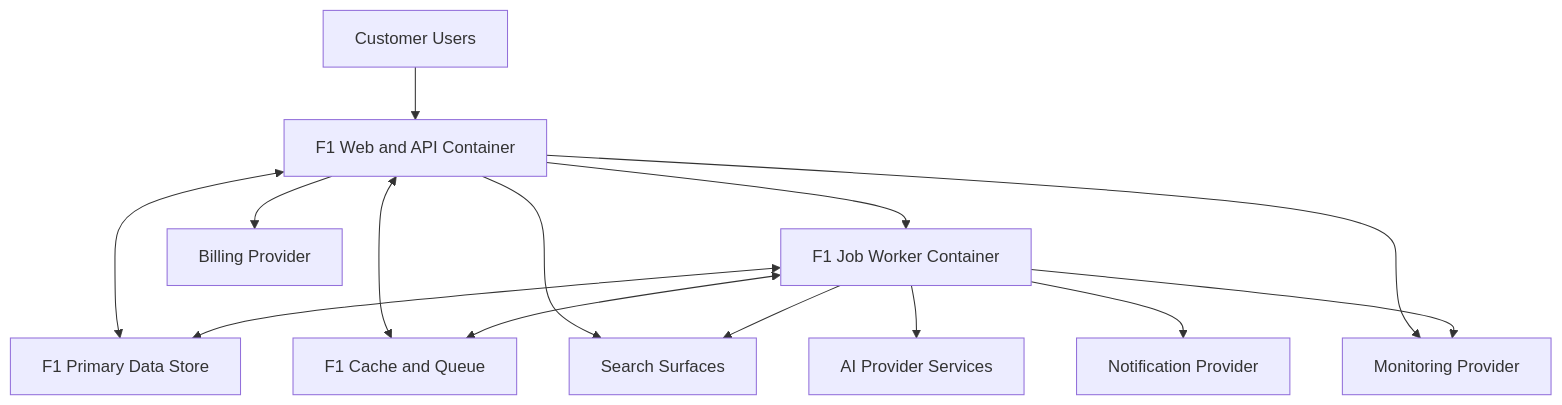
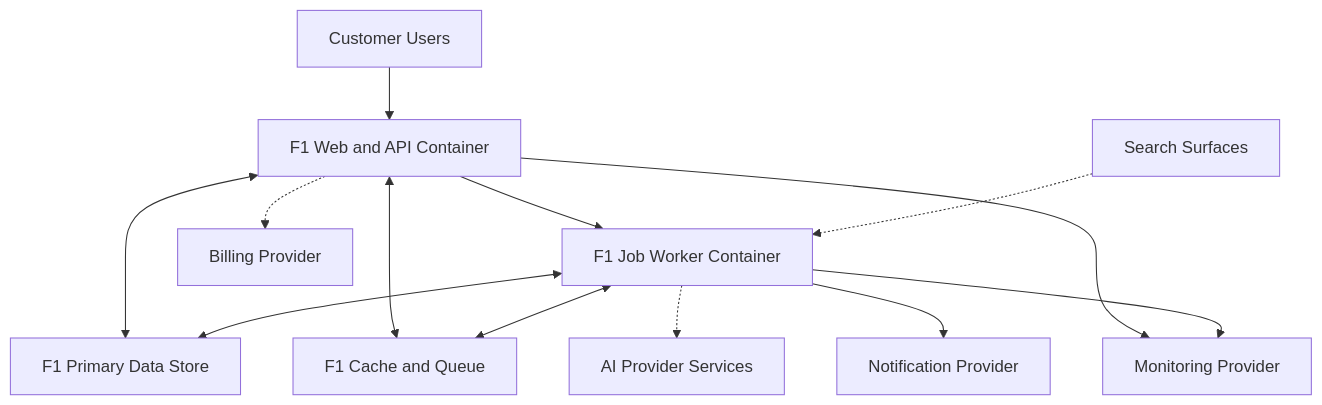
One commit to keny369/videt.ai changed the diagram in diagrams/CONTAINER_ARCHITECTURE.md. Above: the diagram before and after it, drawn with Mermaid. The commit also changed other lines of this file and 30 other files, not shown here.

````diff
--- a/diagrams/CONTAINER_ARCHITECTURE.md
+++ b/diagrams/CONTAINER_ARCHITECTURE.md
@@ -21,30 +27,29 @@
 ```mermaid
 flowchart TB
     USER[Customer Users]
 
     WEB[F1 Web and API Container]
     WORKER[F1 Job Worker Container]
     DB[F1 Primary Data Store]
     CACHE[F1 Cache and Queue]
 
     SEARCH[Search Surfaces]
     AI[AI Provider Services]
     BILL[Billing Provider]
     NOTIF[Notification Provider]
     OBS[Monitoring Provider]
 
     USER --> WEB
     WEB <--> DB
     WEB <--> CACHE
     WEB --> WORKER
     WORKER <--> DB
     WORKER <--> CACHE
 
-    WEB --> SEARCH
-    WORKER --> SEARCH
-    WORKER --> AI
-    WEB --> BILL
+    SEARCH -.-> WORKER
+    WORKER -.-> AI
+    WEB -.-> BILL
     WORKER --> NOTIF
     WEB --> OBS
     WORKER --> OBS
 ```
````
